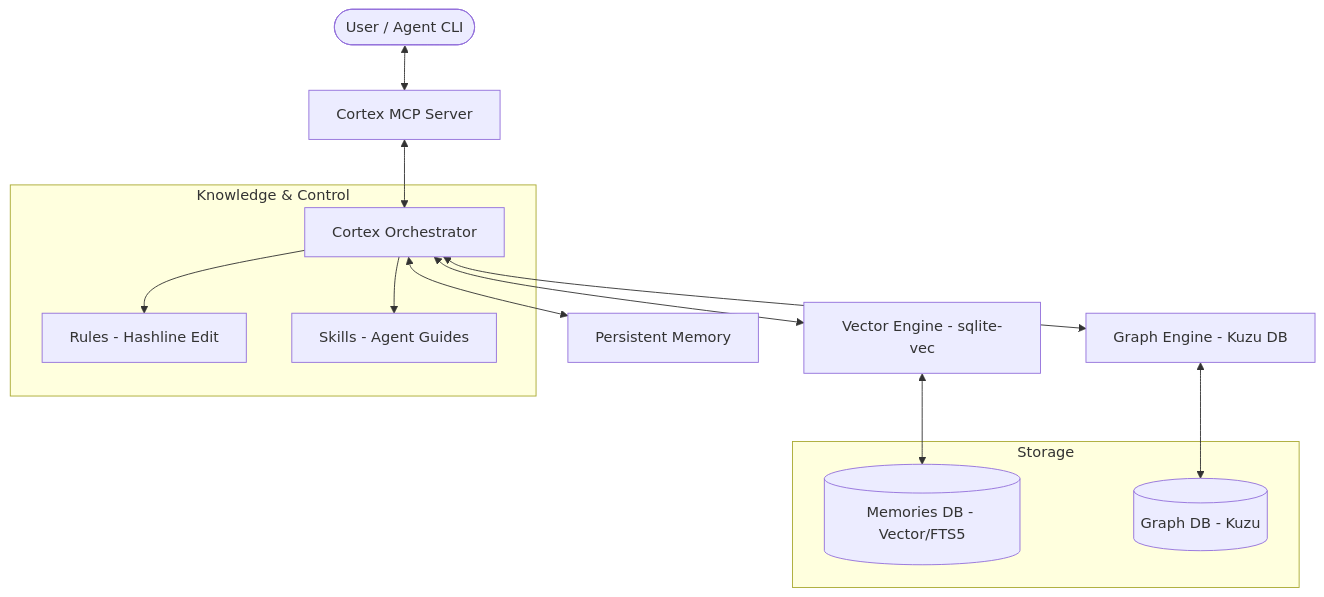
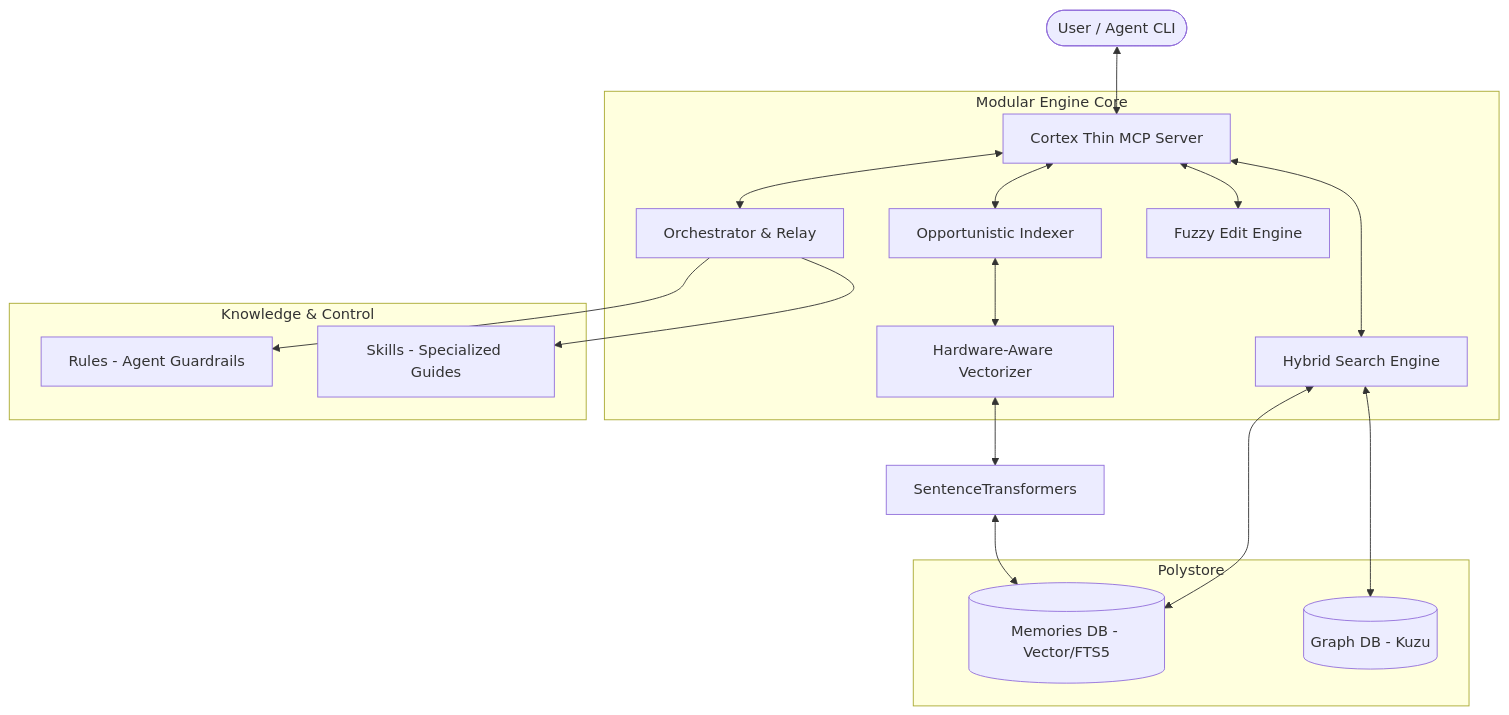
One commit to kth3/Cortex-agents_infra changed the diagram in README.md. Above: the diagram before and after it, drawn with Mermaid. The commit also changed other lines of this file, not shown here.

````diff
--- a/README.md
+++ b/README.md
@@ -13,23 +15,30 @@
 ```mermaid
 graph TD
-    User([User / Agent CLI]) <--> MCP[Cortex MCP Server]
-    MCP <--> Orchestrator[Cortex Orchestrator]
-    Orchestrator <--> VectorEngine[Vector Engine - sqlite-vec]
-    Orchestrator <--> GraphEngine[Graph Engine - Kuzu DB]
-    Orchestrator <--> Memory[Persistent Memory]
+    User([User / Agent CLI]) <--> MCP[Cortex Thin MCP Server]
     
-    subgraph Storage
+    subgraph Modular Engine Core
+        MCP <--> Orchestrator[Orchestrator & Relay]
+        MCP <--> Indexer[Opportunistic Indexer]
+        Indexer <--> Vectorizer[Hardware-Aware Vectorizer]
+        MCP <--> Search[Hybrid Search Engine]
+        MCP <--> Edit[Fuzzy Edit Engine]
+    end
+    
+    Vectorizer <--> VectorEngine[SentenceTransformers]
+    
+    subgraph Polystore
         DB[(Memories DB - Vector/FTS5)]
         GDB[(Graph DB - Kuzu)]
     end
     
     VectorEngine <--> DB
-    GraphEngine <--> GDB
+    Search <--> DB
+    Search <--> GDB
     
     subgraph Knowledge & Control
-        Rules[Rules - Hashline Edit]
-        Skills[Skills - Agent Guides]
+        Rules[Rules - Agent Guardrails]
+        Skills[Skills - Specialized Guides]
         Orchestrator --> Rules
         Orchestrator --> Skills
     end
 ```
````
